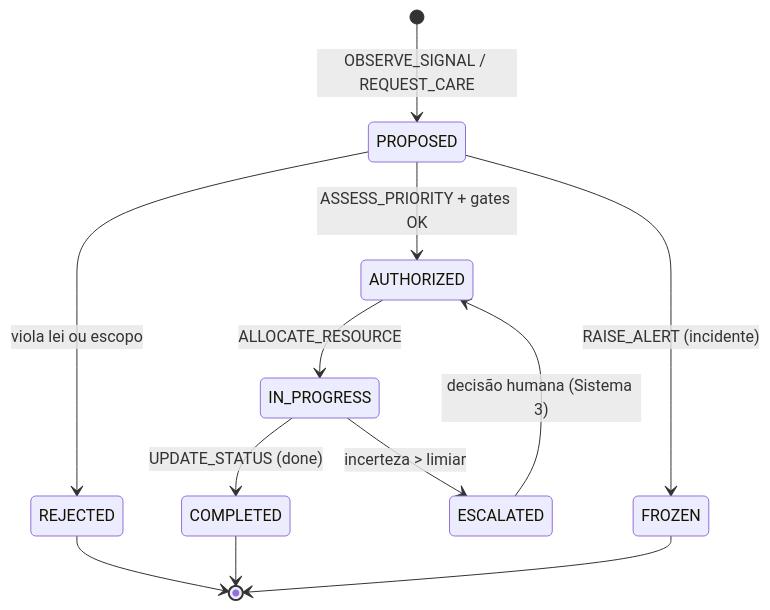
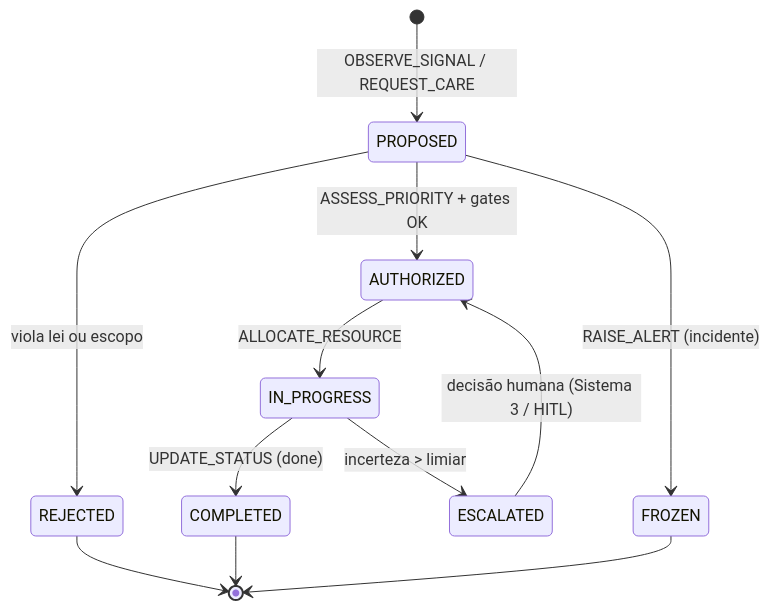
The second of 2 diagrams in manifest/specification.md (LucasArgate/open-uhp), drawn with Mermaid before and after one commit. The commit also changed other lines of this file, not shown here.

````diff
--- a/manifest/specification.md
+++ b/manifest/specification.md
@@ -106,14 +106,14 @@
 ```mermaid
 stateDiagram-v2
   [*] --> PROPOSED: OBSERVE_SIGNAL / REQUEST_CARE
   PROPOSED --> REJECTED: viola lei ou escopo
   PROPOSED --> AUTHORIZED: ASSESS_PRIORITY + gates OK
   AUTHORIZED --> IN_PROGRESS: ALLOCATE_RESOURCE
   IN_PROGRESS --> COMPLETED: UPDATE_STATUS (done)
   IN_PROGRESS --> ESCALATED: incerteza > limiar
   PROPOSED --> FROZEN: RAISE_ALERT (incidente)
-  ESCALATED --> AUTHORIZED: decisão humana (Sistema 3)
+  ESCALATED --> AUTHORIZED: decisão humana (Sistema 3 / HITL)
   REJECTED --> [*]
   COMPLETED --> [*]
   FROZEN --> [*]
 ```
````
